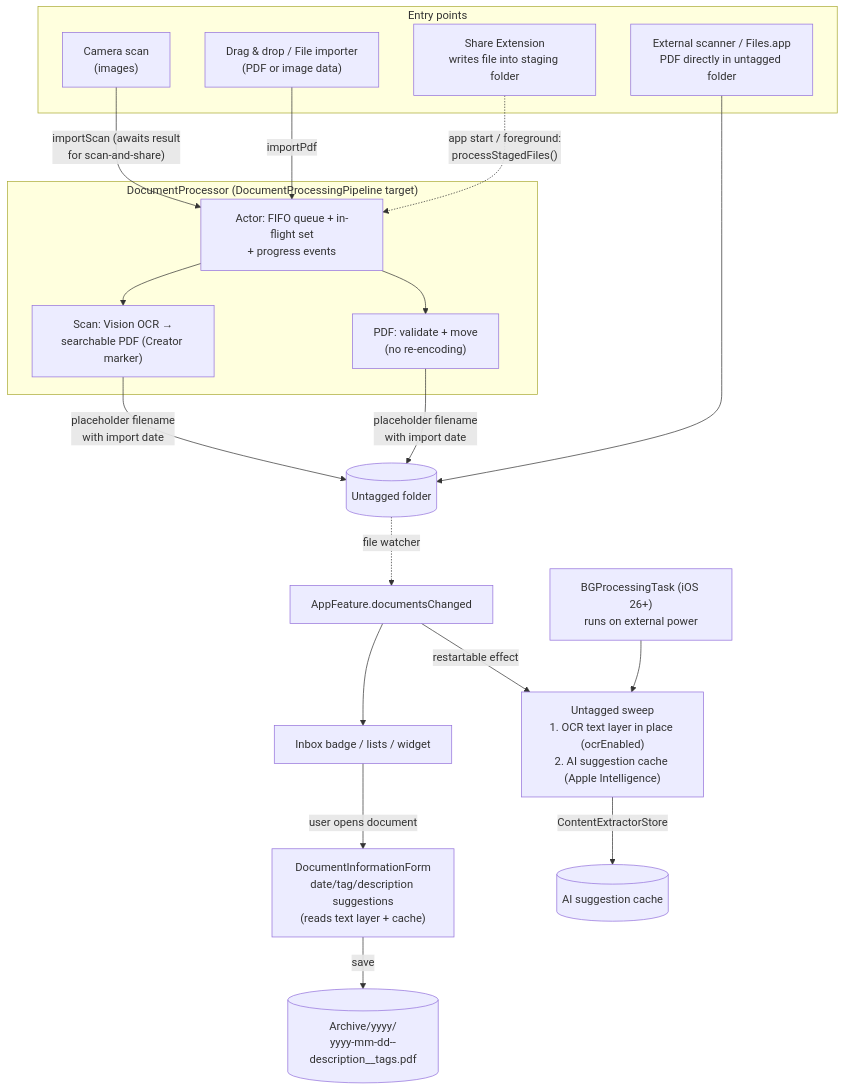
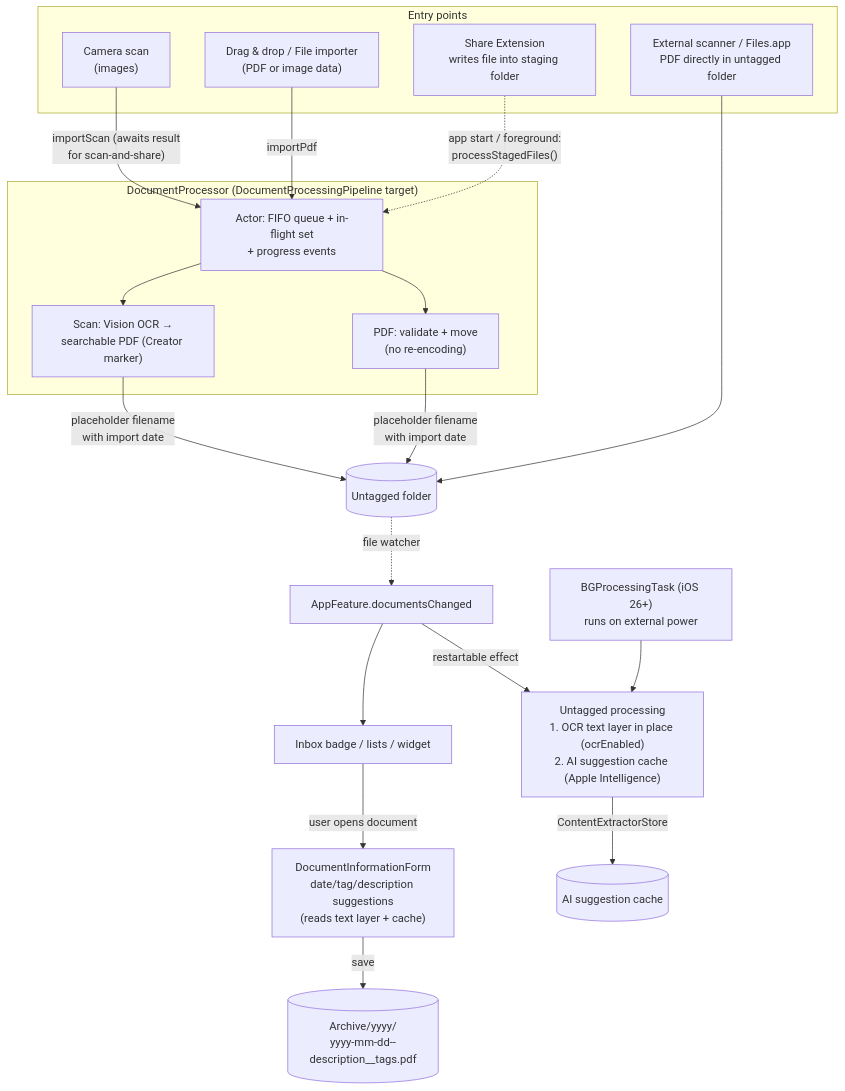
One commit to PDF-Archiver/PDF-Archiver changed the diagram in docs/document-flow.md. Above: the diagram before and after it, drawn with Mermaid. The commit also changed other lines of this file and 17 other files, not shown here.

First line of the commit message:
refactor: bundle Logger categories in ArchiverModels and rename untagged sweep

````diff
--- a/docs/document-flow.md
+++ b/docs/document-flow.md
@@ -9,31 +9,31 @@
 ```mermaid
 flowchart TD
     subgraph Entry ["Entry points"]
         E1["Camera scan<br/>(images)"]
         E2["Drag & drop / File importer<br/>(PDF or image data)"]
         E3["Share Extension<br/>writes file into staging folder"]
         E4["External scanner / Files.app<br/>PDF directly in untagged folder"]
     end
 
     subgraph Processor ["DocumentProcessor (DocumentProcessingPipeline target)"]
         ACT["Actor: FIFO queue + in-flight set<br/>+ progress events"]
         P1["Scan: Vision OCR →<br/>searchable PDF (Creator marker)"]
         P2["PDF: validate + move<br/>(no re-encoding)"]
     end
 
     E1 -->|"importScan (awaits result<br/>for scan-and-share)"| ACT
     E2 -->|importPdf| ACT
     E3 -.->|"app start / foreground:<br/>processStagedFiles()"| ACT
     ACT --> P1 & P2
     P1 & P2 -->|"placeholder filename<br/>with import date"| UNT[("Untagged folder")]
     E4 --> UNT
 
     UNT -.->|file watcher| DC["AppFeature.documentsChanged"]
     DC --> UI["Inbox badge / lists / widget"]
-    DC -->|"restartable effect"| SWEEP["Untagged sweep<br/>1. OCR text layer in place (ocrEnabled)<br/>2. AI suggestion cache (Apple Intelligence)"]
+    DC -->|"restartable effect"| SWEEP["Untagged processing<br/>1. OCR text layer in place (ocrEnabled)<br/>2. AI suggestion cache (Apple Intelligence)"]
     BG["BGProcessingTask (iOS 26+)<br/>runs on external power"] --> SWEEP
     SWEEP -->|"ContentExtractorStore"| CACHE[("AI suggestion cache")]
 
     UI -->|"user opens document"| FORM["DocumentInformationForm<br/>date/tag/description suggestions<br/>(reads text layer + cache)"]
     FORM -->|save| ARCH[("Archive/yyyy/<br/>yyyy-mm-dd--description__tags.pdf")]
 ```
````
